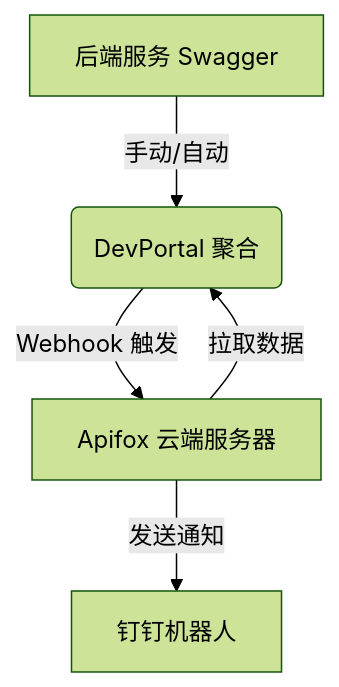
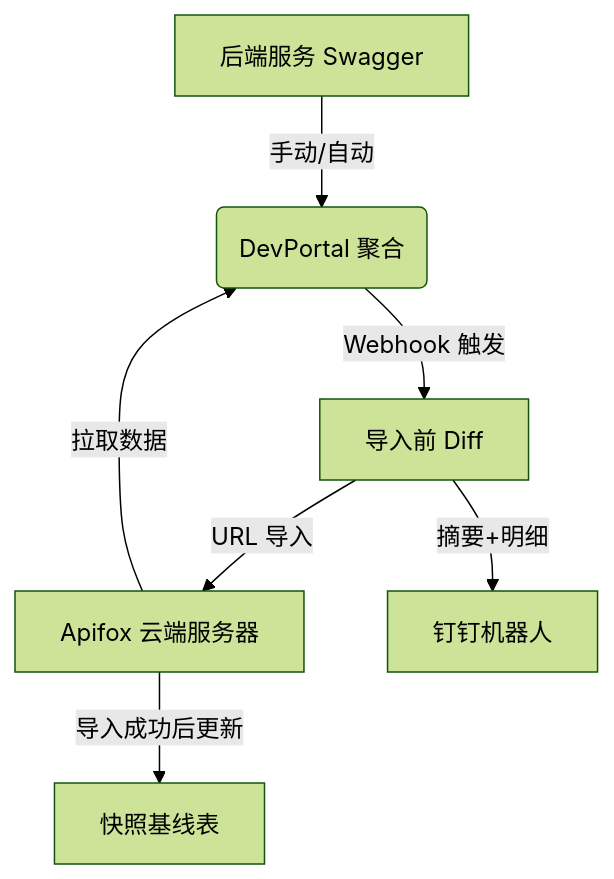
The diagram in docs/swagger-sync-guide.md (myltx/DevPortal), drawn with Mermaid (forest theme) before and after one commit. The commit also changed other lines of this file and 2 other files, not shown here.

Commit message:
docs: 完善 Swagger 同步指南与 Diff 功能文档

````diff
--- a/docs/swagger-sync-guide.md
+++ b/docs/swagger-sync-guide.md
@@ -9,7 +9,9 @@
 ```mermaid
 graph TD
     A[后端服务 Swagger] -->|手动/自动| B(DevPortal 聚合)
-    B -->|Webhook 触发| C[Apifox 云端服务器]
-    C -->|拉取数据| B
-    C -->|发送通知| D[钉钉机器人]
+    B -->|Webhook 触发| C[导入前 Diff]
+    C -->|URL 导入| D[Apifox 云端服务器]
+    C -->|摘要+明细| E[钉钉机器人]
+    D -->|导入成功后更新| F[快照基线表]
+    D -->|拉取数据| B
 ```
````
